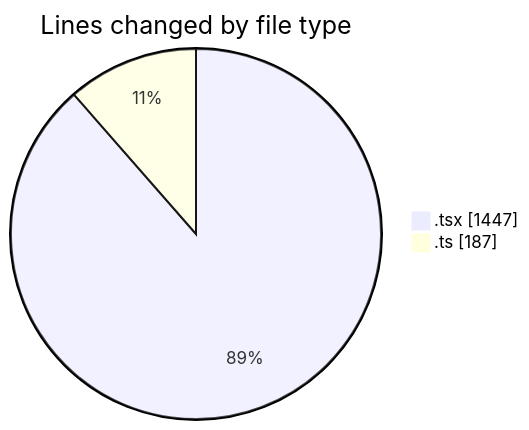
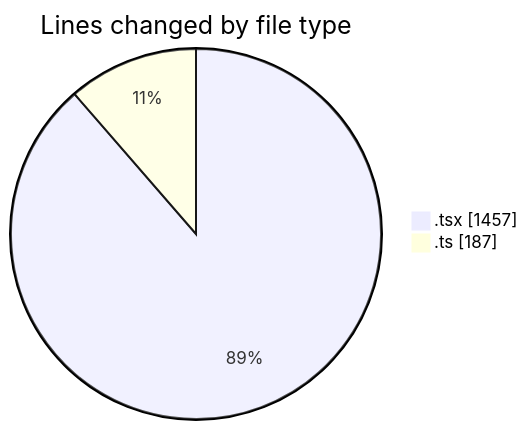
The first of 2 diagrams in 2025-02-03/mbc-web/README.md (robertbonfada/code-tracking), drawn with Mermaid before and after one commit. The commit also changed other lines of this file and 1 other file, not shown here.

````diff
--- a/2025-02-03/mbc-web/README.md
+++ b/2025-02-03/mbc-web/README.md
@@ -25,6 +25,6 @@
 ```mermaid
 pie showData
 title Lines changed by file type
-".tsx" : 1447
+".tsx" : 1457
 ".ts" : 187
 ```
````
